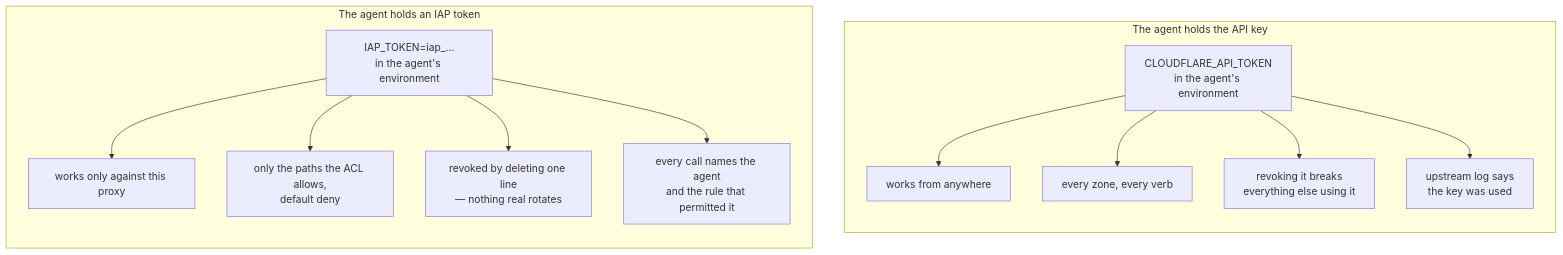
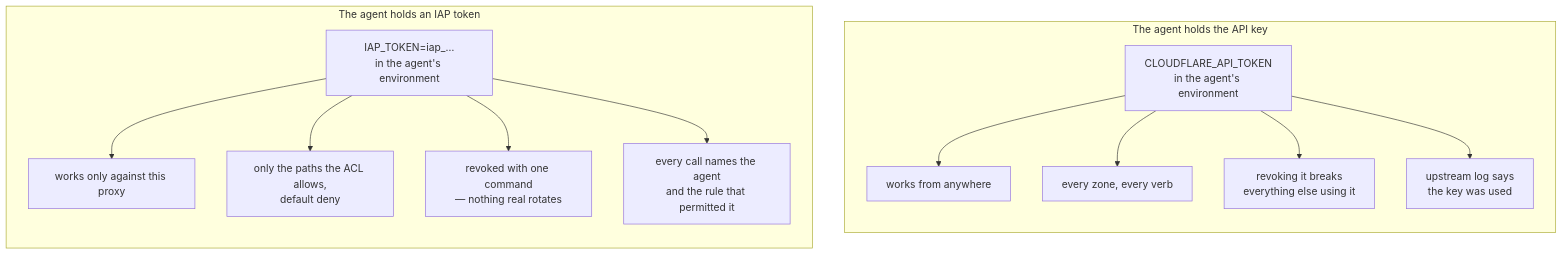
One commit to vpetersson/agent-iap changed the second of 3 diagrams in README.md. Above: the diagram before and after it, drawn with Mermaid. The commit also changed other lines of this file and 3 other files, not shown here.

````diff
--- a/README.md
+++ b/README.md
@@ -90,20 +90,20 @@
 ```mermaid
 flowchart TB
     subgraph before["The agent holds the API key"]
         direction TB
         K["CLOUDFLARE_API_TOKEN<br/>in the agent's environment"]
         K --> K1["works from anywhere"]
         K --> K2["every zone, every verb"]
         K --> K3["revoking it breaks<br/>everything else using it"]
         K --> K4["upstream log says<br/>the key was used"]
     end
 
     subgraph after["The agent holds an IAP token"]
         direction TB
         T["IAP_TOKEN=iap_…<br/>in the agent's environment"]
         T --> T1["works only against this proxy"]
         T --> T2["only the paths the ACL allows,<br/>default deny"]
-        T --> T3["revoked by deleting one line<br/>— nothing real rotates"]
+        T --> T3["revoked with one command<br/>— nothing real rotates"]
         T --> T4["every call names the agent<br/>and the rule that permitted it"]
     end
 ```
````
